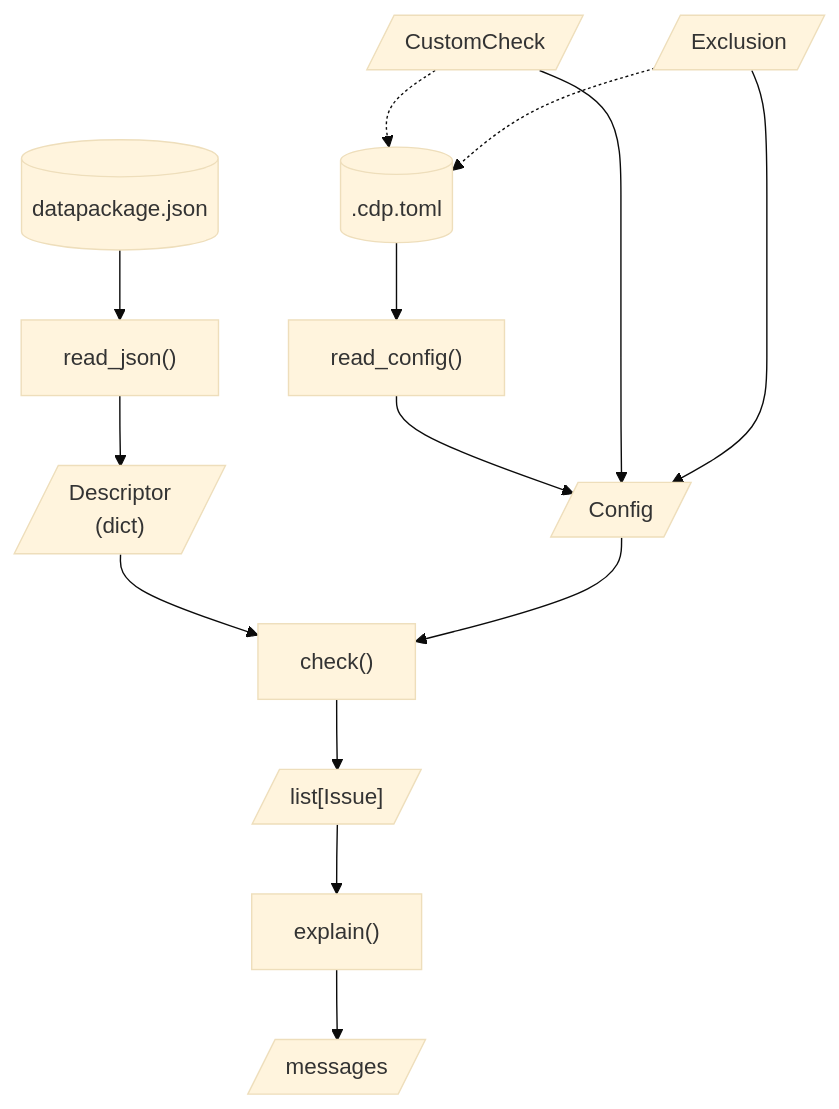
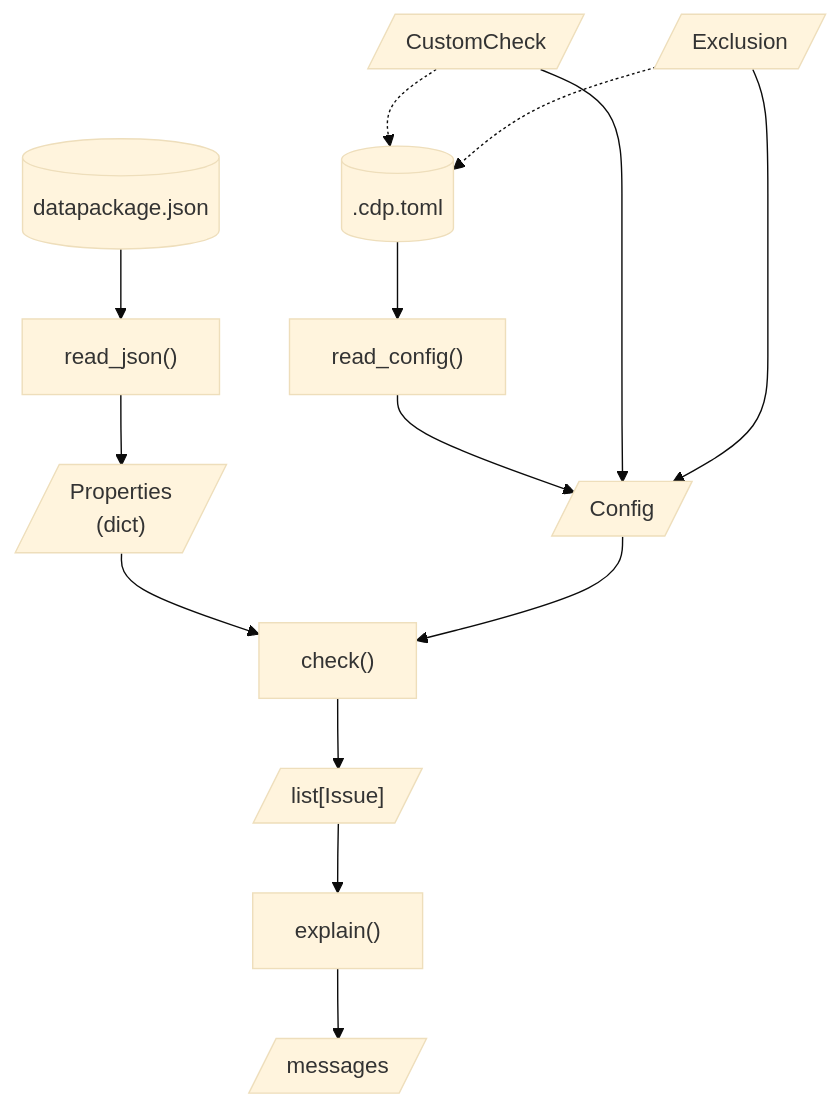
One commit to seedcase-project/check-datapackage changed the diagram in docs/design/interface.qmd. Above: the diagram before and after it, drawn with Mermaid (base theme). The commit also changed other lines of this file, not shown here.

First line of the commit message:
docs: :pencil2: use `properties`, not `descriptor` in Interface docs (#171)

````diff
--- a/docs/design/interface.qmd
+++ b/docs/design/interface.qmd
@@ -268,28 +269,28 @@
 ```{mermaid}
 %%| label: fig-interface-flow
 %%| fig-cap: "Flow of functions and classes when using `check-datapackage`."
-%%| fig-alt: "A flowchart showing the flow of using `check-datapackage`, starting with reading the `datapackage.json` and `.cdp.toml` files, then checking the descriptor with the config, and finally explaining any issues found."
+%%| fig-alt: "A flowchart showing the flow of using `check-datapackage`, starting with reading the `datapackage.json` and `.cdp.toml` files, then checking the properties with the config, and finally explaining any issues found."
 flowchart TD
     descriptor_file[(datapackage.json)]
     read_json["read_json()"]
-    descriptor[/"Descriptor<br>(dict)"/]
+    properties[/"Properties<br>(dict)"/]
 
     config_file[(.cdp.toml)]
     read_config["read_config()"]
 
     config[/Config/]
     custom_check[/CustomCheck/]
     exclusion[/Exclusion/]
     check["check()"]
     issues[/"list[Issue]"/]
 
     explain["explain()"]
     messages[/messages/]
 
-    descriptor_file --> read_json --> descriptor
+    descriptor_file --> read_json --> properties
     config_file --> read_config --> config
     custom_check & exclusion --> config
     custom_check & exclusion -.-> config_file
 
-    descriptor & config --> check --> issues --> explain --> messages
+    properties & config --> check --> issues --> explain --> messages
 ```
````
